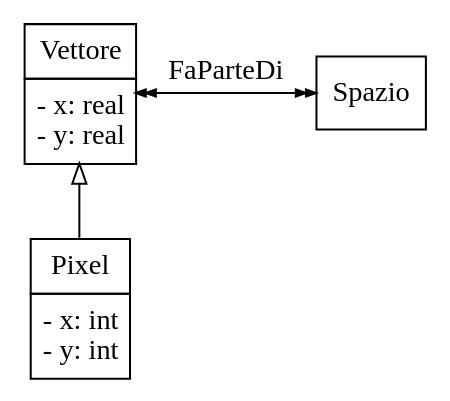
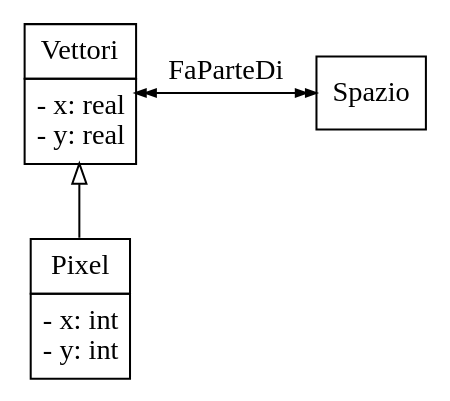
One commit to alek3y/cs changed the ninth of 17 diagrams in src/ct0006-1/README.md. Above: the diagram before and after it, drawn with Graphviz. The commit also changed other lines of this file, not shown here.

````diff
--- a/src/ct0006-1/README.md
+++ b/src/ct0006-1/README.md
@@ -144,29 +144,29 @@
 ```dot process
 digraph {
 	rankdir=TB
 	node [shape=box fontname="Times"]
 	edge [arrowsize=0.5 dir=both]
 
-	Vettore [
+	Vettori [
 		shape=plain
 		label=<<table border="0" cellborder="1" cellspacing="0" cellpadding="5">
-			<tr><td>Vettore</td></tr>
+			<tr><td>Vettori</td></tr>
 			<tr><td>- x: real<br/>- y: real</td></tr>
 		</table>>
 	]
 	Pixel [
 		shape=plain
 		label=<<table border="0" cellborder="1" cellspacing="0" cellpadding="5">
 			<tr><td>Pixel</td></tr>
 			<tr><td>- x: int<br/>- y: int</td></tr>
 		</table>>
 	]
 
 	{
 		rank=same
-		Vettore -> Spazio [label="FaParteDi" arrowhead=normalnormal arrowtail=normalnormal]
+		Vettori -> Spazio [label="FaParteDi" arrowhead=normalnormal arrowtail=normalnormal]
 	}
 
-	Vettore -> Pixel [arrowsize=1 arrowtail=onormal arrowhead=none]
+	Vettori -> Pixel [arrowsize=1 arrowtail=onormal arrowhead=none]
 }
 ```
````
